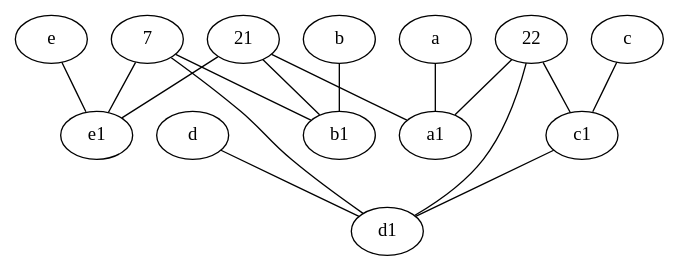
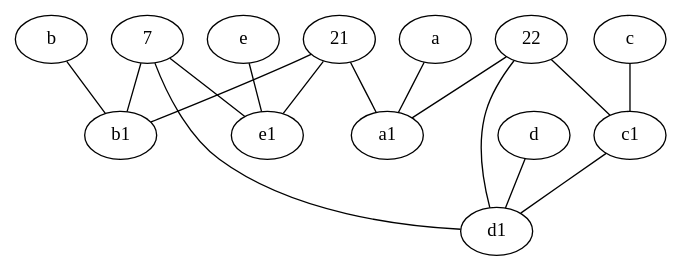
One commit to anisabnis/graph_inference changed the diagram in results_distance/att/orig.dot. Above: the diagram before and after it, drawn with Graphviz. The commit also changed other lines of this file and 156 other files, not shown here.

```diff
--- a/results_distance/att/orig.dot
+++ b/results_distance/att/orig.dot
@@ -1,31 +1,31 @@
 graph {
 	node [labelfontsize=50]
-	e1 [labelfontsize=50 pos="7,7!"]
-	21 [labelfontsize=50]
-	d1 [labelfontsize=50 pos="3,5!"]
+	b1 [labelfontsize=50 pos="9,4!"]
+	d [labelfontsize=50 pos="2,5!"]
+	c1 [labelfontsize=50 pos="4.5,3!"]
 	22 [labelfontsize=50]
 	a [labelfontsize=50 pos="8,2!"]
-	c1 [labelfontsize=50 pos="4.5,3!"]
+	e1 [labelfontsize=50 pos="7,7!"]
+	d1 [labelfontsize=50 pos="3,5!"]
 	b [labelfontsize=50 pos="10,4!"]
+	7 [labelfontsize=50]
+	21 [labelfontsize=50]
 	e [labelfontsize=50 pos="7,9!"]
-	d [labelfontsize=50 pos="2,5!"]
-	b1 [labelfontsize=50 pos="9,4!"]
 	a1 [labelfontsize=50 pos="8,3!"]
 	c [labelfontsize=50 pos="4.5,2!"]
-	7 [labelfontsize=50]
+	21 -- b1
+	b -- b1
+	a -- a1
 	c -- c1
+	d -- d1
+	7 -- d1
+	21 -- e1
+	c1 -- d1
+	7 -- e1
+	7 -- b1
+	22 -- d1
+	e -- e1
+	21 -- a1
 	22 -- a1
-	21 -- a1
 	22 -- c1
-	e -- e1
-	b -- b1
-	21 -- e1
-	d -- d1
-	7 -- b1
-	c1 -- d1
-	7 -- d1
-	22 -- d1
-	a -- a1
-	21 -- b1
-	7 -- e1
 }
```
